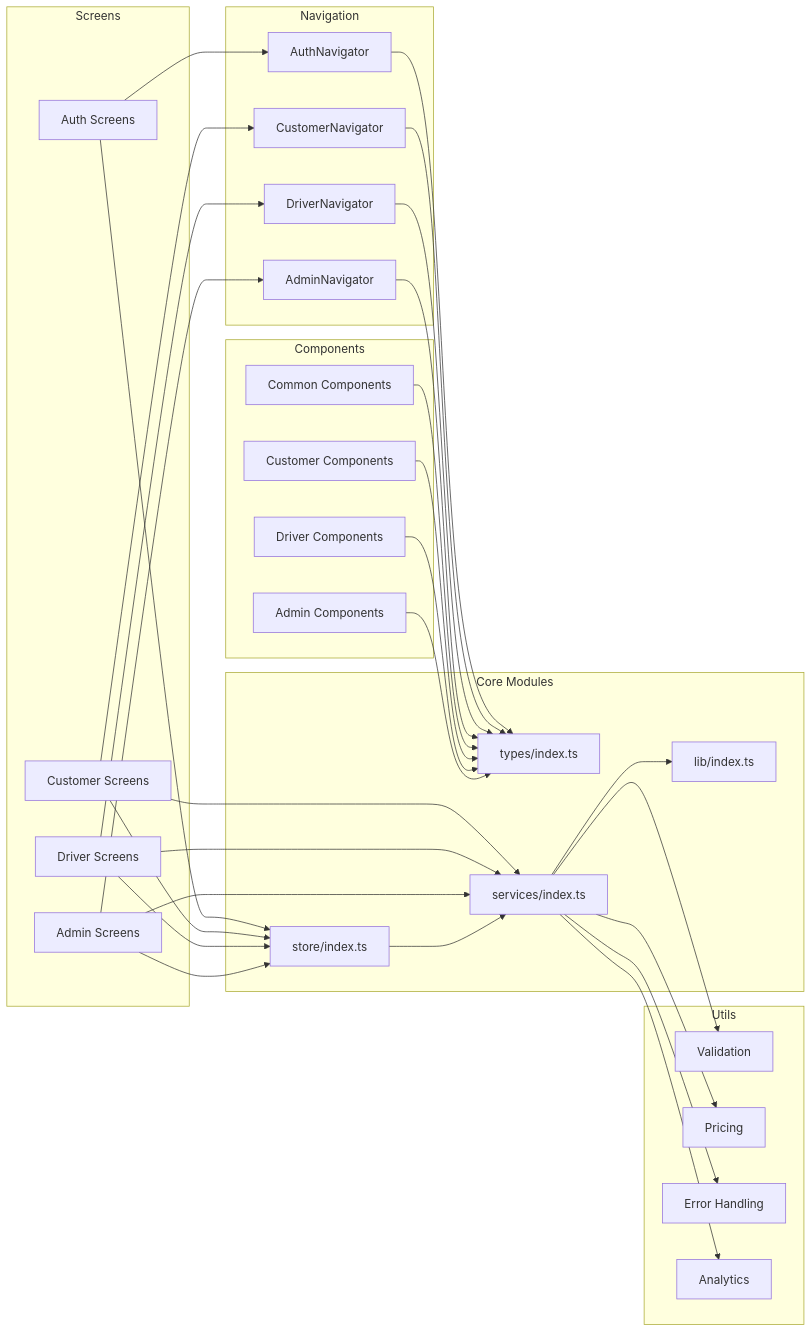
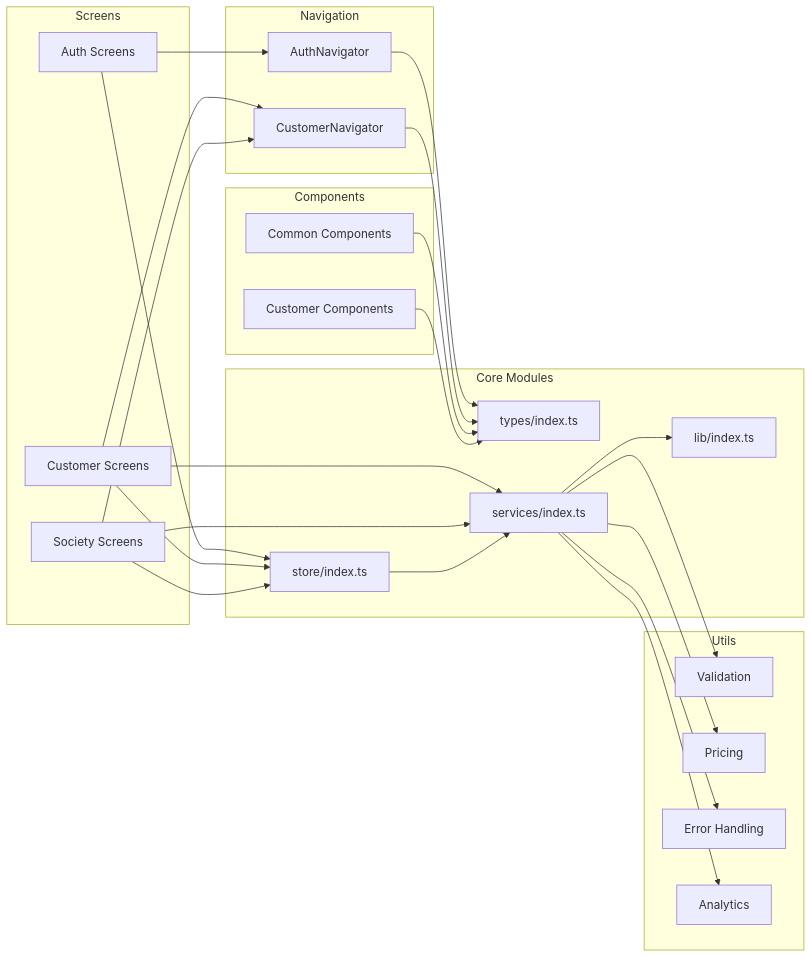
Before and after one commit to ShubhamRRana/water-customer-app: the fifth of 5 diagrams in README.md, drawn with Mermaid. The commit also changed other lines of this file, not shown here.

````diff
--- a/README.md
+++ b/README.md
@@ -411,68 +397,56 @@
 ```mermaid
 graph LR
     subgraph "Core Modules"
         A[types/index.ts]
         B[lib/index.ts]
         C[store/index.ts]
         D[services/index.ts]
     end
     
     subgraph "Navigation"
         E[AuthNavigator]
         F[CustomerNavigator]
-        G[DriverNavigator]
-        H[AdminNavigator]
     end
     
     subgraph "Screens"
         I[Auth Screens]
         J[Customer Screens]
-        K[Driver Screens]
-        L[Admin Screens]
+        K[Society Screens]
     end
     
     subgraph "Components"
         M[Common Components]
         N[Customer Components]
-        O[Driver Components]
-        P[Admin Components]
     end
     
     subgraph "Utils"
         Q[Validation]
         R[Pricing]
         S[Error Handling]
         T[Analytics]
     end
     
     I --> E
     J --> F
-    K --> G
-    L --> H
+    K --> F
     
     E --> A
     F --> A
-    G --> A
-    H --> A
     
     I --> C
     J --> C
     K --> C
-    L --> C
     
     J --> D
     K --> D
-    L --> D
     
     M --> A
     N --> A
-    O --> A
-    P --> A
     
     D --> B
     C --> D
     D --> Q
     D --> R
     D --> S
     D --> T
 ```
````
